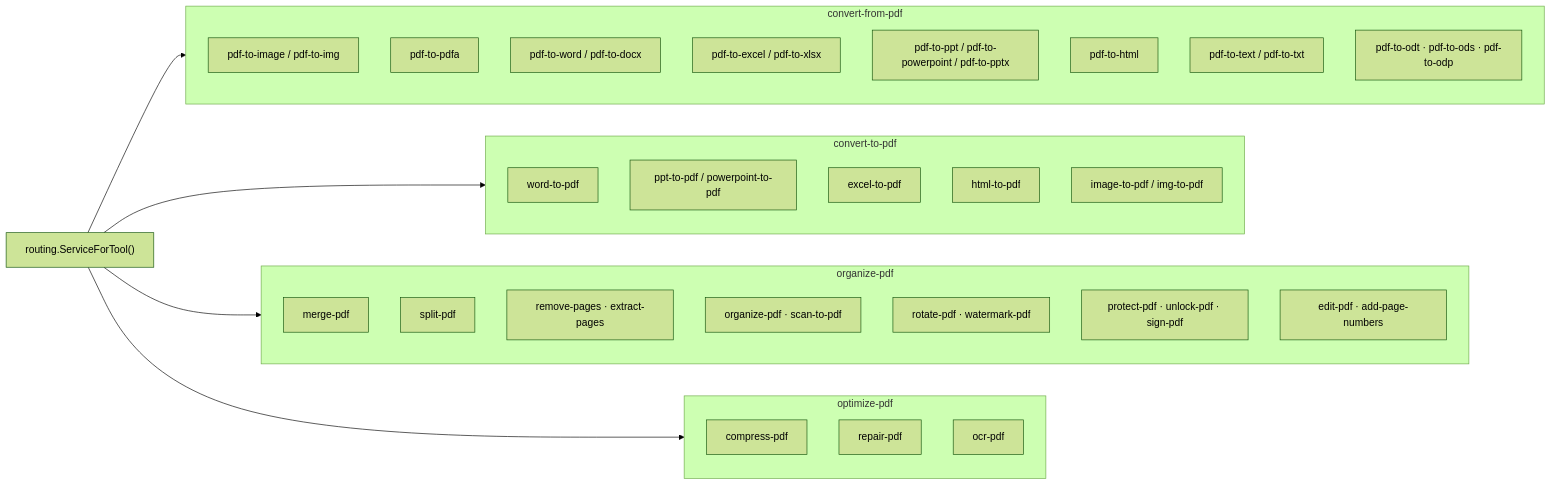
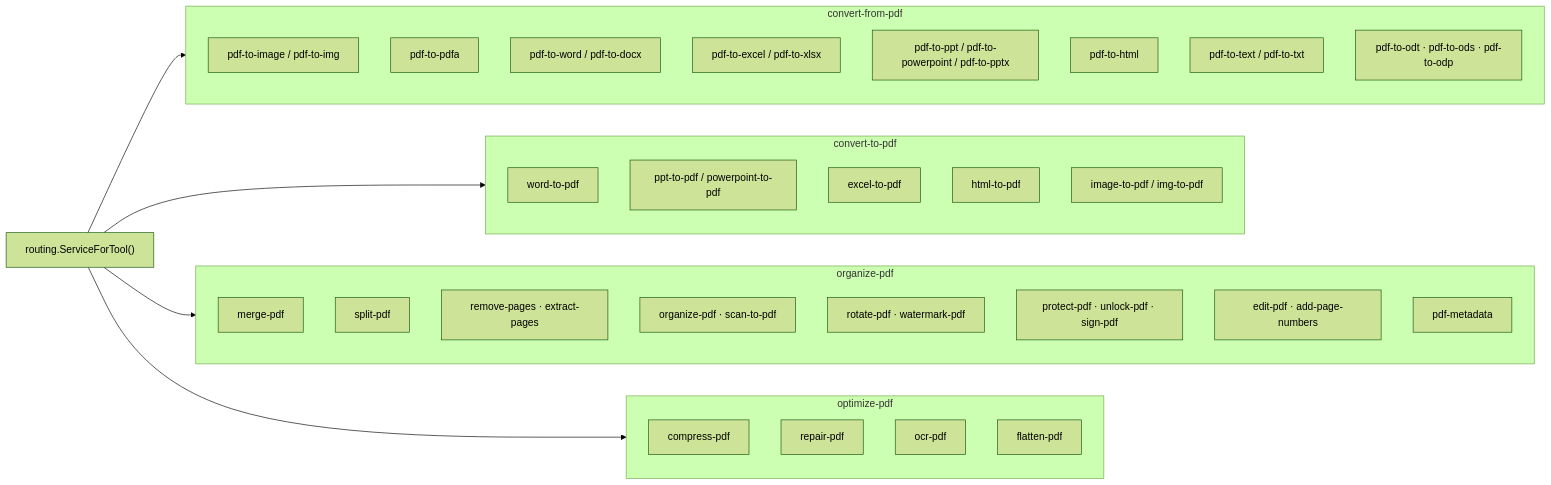
The third of 6 diagrams in docs/developer/mermaid/service-job-service-architecture.md (code-farms/fyredocs_backend), drawn with Mermaid (forest theme) before and after one commit. The commit also changed 28 other files, not shown here.

First line of the commit message:
feat: add pdf-metadata and flatten-pdf tools with validation and processing

````diff
--- a/docs/developer/mermaid/service-job-service-architecture.md
+++ b/docs/developer/mermaid/service-job-service-architecture.md
@@ -154,39 +154,41 @@
 ```mermaid
 graph LR
     subgraph convert-from-pdf
         A1["pdf-to-image / pdf-to-img"]
         A2["pdf-to-pdfa"]
         A3["pdf-to-word / pdf-to-docx"]
         A4["pdf-to-excel / pdf-to-xlsx"]
         A5["pdf-to-ppt / pdf-to-powerpoint / pdf-to-pptx"]
         A6["pdf-to-html"]
         A7["pdf-to-text / pdf-to-txt"]
         A8["pdf-to-odt · pdf-to-ods · pdf-to-odp"]
     end
 
     subgraph convert-to-pdf
         B1["word-to-pdf"]
         B2["ppt-to-pdf / powerpoint-to-pdf"]
         B3["excel-to-pdf"]
         B4["html-to-pdf"]
         B5["image-to-pdf / img-to-pdf"]
     end
 
     subgraph organize-pdf
         C1["merge-pdf"]
         C2["split-pdf"]
         C3["remove-pages · extract-pages"]
         C4["organize-pdf · scan-to-pdf"]
         C5["rotate-pdf · watermark-pdf"]
         C6["protect-pdf · unlock-pdf · sign-pdf"]
         C7["edit-pdf · add-page-numbers"]
+        C8["pdf-metadata"]
     end
 
     subgraph optimize-pdf
         D1["compress-pdf"]
         D2["repair-pdf"]
         D3["ocr-pdf"]
+        D4["flatten-pdf"]
     end
 
     ROUTER["routing.ServiceForTool()"] --> convert-from-pdf & convert-to-pdf & organize-pdf & optimize-pdf
 ```
````
